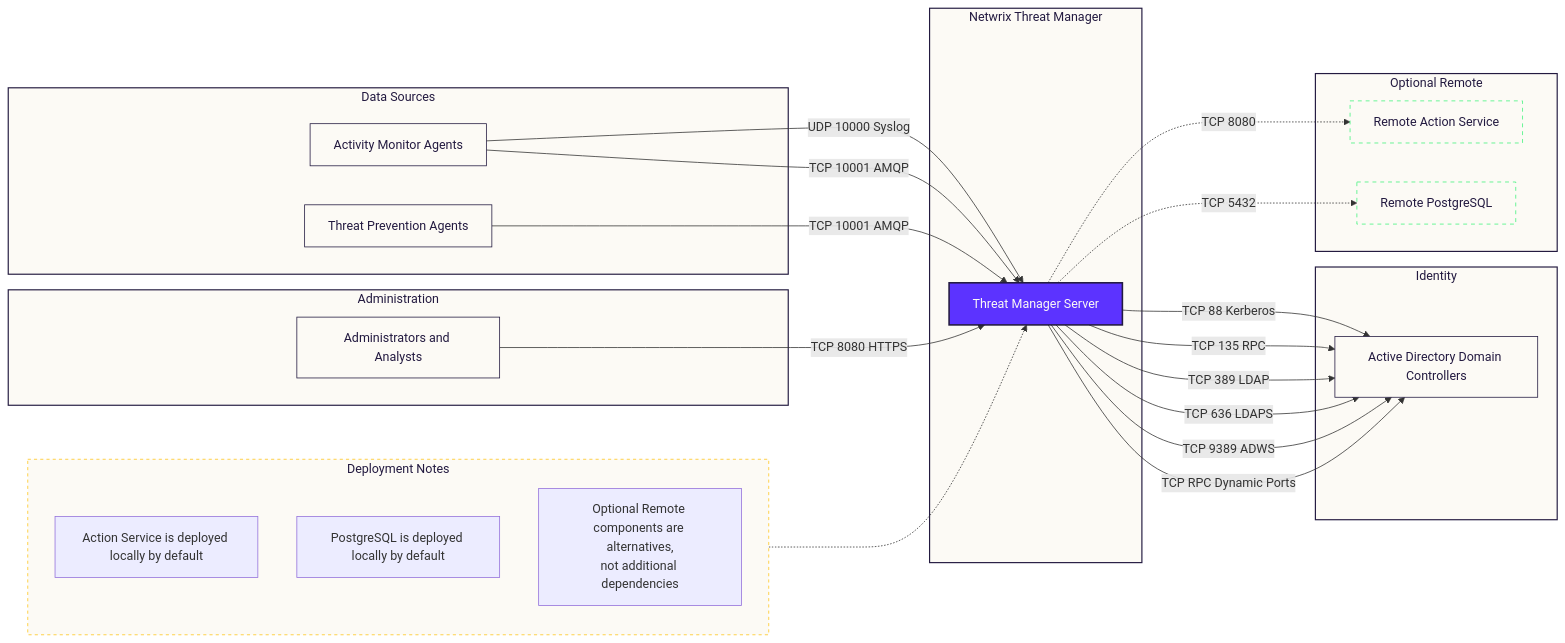
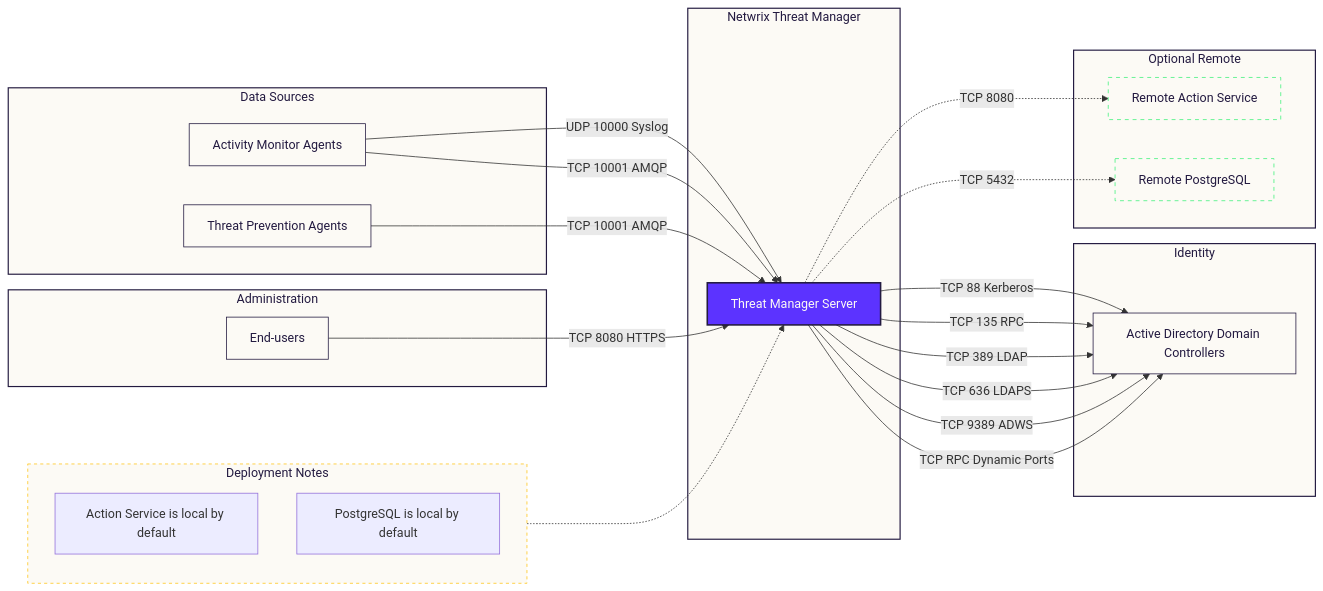
The diagram in docs/threatmanager/3.0/requirements/ports.md (netwrix/docs), drawn with Mermaid before and after one commit.

Commit message:
Update terminology in ports.md for clarity

````diff
--- a/docs/threatmanager/3.0/requirements/ports.md
+++ b/docs/threatmanager/3.0/requirements/ports.md
@@ -11,68 +11,67 @@
 ```mermaid
 flowchart LR
 
   %% Netwrix Brand Styles (Light Theme)
   classDef zone fill:#FCFAF5,stroke:#231A40,color:#231A40,stroke-width:1.5px;
   classDef core fill:#5C33FF,stroke:#231A40,color:#FCFAF5,stroke-width:2px;
   classDef endpoint fill:#FCFAF5,stroke:#231A40,color:#231A40;
   classDef optional fill:#FCFAF5,stroke:#41F27C,color:#231A40,stroke-dasharray:5 5;
   classDef note fill:#FCFAF5,stroke:#FFC61A,color:#231A40,stroke-dasharray:4 4;
 
   subgraph Z1[Data Sources]
     AM[Activity Monitor Agents]
     TP[Threat Prevention Agents]
   end
 
   subgraph Z2[Administration]
-    EU[Administrators and Analysts]
+    EU[End-users]
   end
 
   subgraph Z3[Netwrix Threat Manager]
     NTM[Threat Manager Server]
   end
 
   subgraph Z4[Identity]
     DC[Active Directory Domain Controllers]
   end
 
   subgraph Z5[Optional Remote]
     AS_R[Remote Action Service]
     PG_R[Remote PostgreSQL]
   end
 
   subgraph LEGEND[Deployment Notes]
-    L1[Action Service is deployed locally by default]
-    L2[PostgreSQL is deployed locally by default]
-    L3[Optional Remote components are alternatives,\nnot additional dependencies]
+    L1[Action Service is local by default]
+    L2[PostgreSQL is local by default]
   end
 
   %% inbound to NTM
   AM -->|UDP 10000 Syslog| NTM
   AM -->|TCP 10001 AMQP| NTM
   TP -->|TCP 10001 AMQP| NTM
 
   %% admin access
   EU -->|TCP 8080 HTTPS| NTM
 
   %% outbound dependencies
   NTM -->|TCP 88 Kerberos| DC
   NTM -->|TCP 135 RPC| DC
   NTM -->|TCP 389 LDAP| DC
   NTM -->|TCP 636 LDAPS| DC
   NTM -->|TCP 9389 ADWS| DC
   NTM -->|TCP RPC Dynamic Ports| DC
 
   %% optional remote placements
   NTM -.->|TCP 8080| AS_R
   NTM -.->|TCP 5432| PG_R
 
   %% legend association only
   LEGEND -.-> NTM
 
   %% Apply branding
   class Z1,Z2,Z3,Z4,Z5 zone
   class NTM core
   class AM,TP,EU,DC endpoint
   class AS_R,PG_R optional
   class LEGEND note
 ```
````
